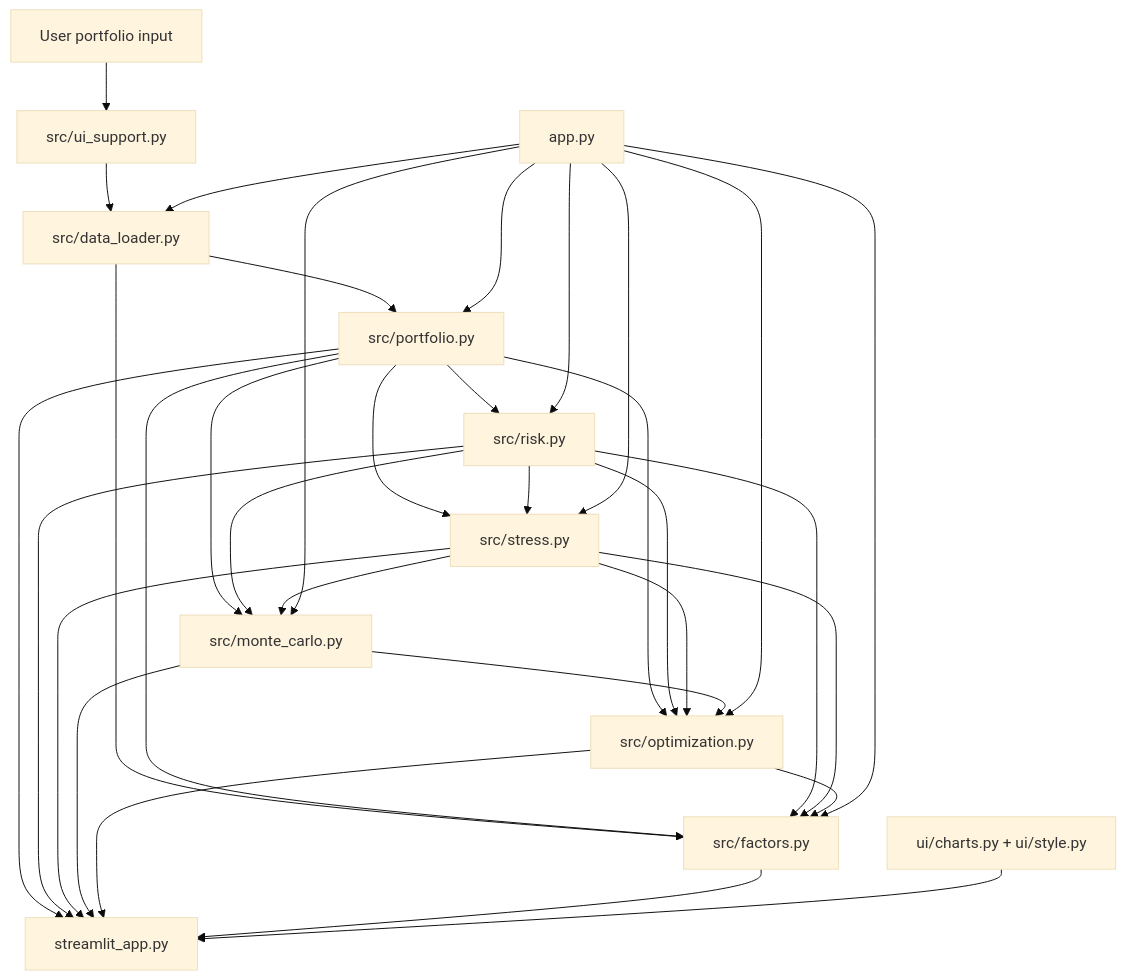
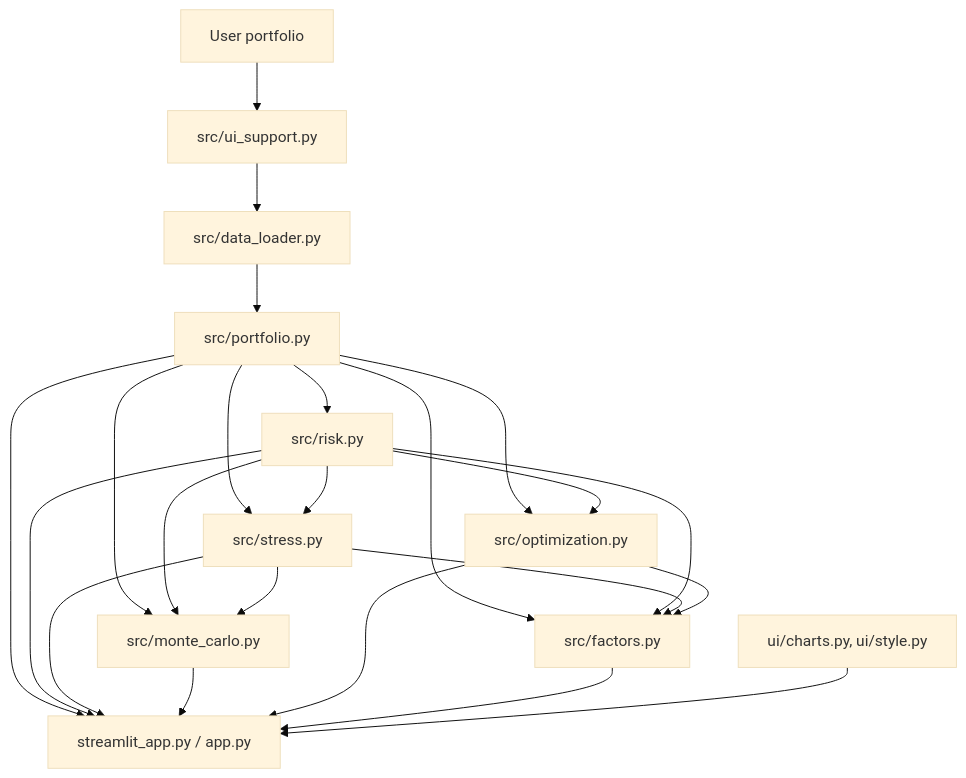
The diagram in docs/architecture.md (rcucc3/Portfolio-Risk-Analytics-Platform), drawn with Mermaid (base theme) before and after one commit. The commit also changed other lines of this file and 30 other files, not shown here.

````diff
--- a/docs/architecture.md
+++ b/docs/architecture.md
@@ -9,40 +5,25 @@
 ```mermaid
 flowchart TB
-    User[User portfolio input] --> Parse[src/ui_support.py]
+    User[User portfolio] --> Parse[src/ui_support.py]
     Parse --> Data[src/data_loader.py]
     Data --> Port[src/portfolio.py]
-
     Port --> Risk[src/risk.py]
     Port --> Stress[src/stress.py]
     Risk --> Stress
-
     Port --> MC[src/monte_carlo.py]
     Risk --> MC
     Stress --> MC
-
     Port --> Opt[src/optimization.py]
     Risk --> Opt
-    Stress --> Opt
-    MC --> Opt
-
-    Data --> Fac[src/factors.py]
-    Port --> Fac
+    Port --> Fac[src/factors.py]
     Risk --> Fac
     Stress --> Fac
     Opt --> Fac
-
-    Port --> UI[streamlit_app.py]
+    Port --> UI[streamlit_app.py / app.py]
     Risk --> UI
     Stress --> UI
     MC --> UI
     Opt --> UI
     Fac --> UI
-    Charts[ui/charts.py + ui/style.py] --> UI
-    CLI[app.py] --> Data
-    CLI --> Port
-    CLI --> Risk
-    CLI --> Stress
-    CLI --> MC
-    CLI --> Opt
-    CLI --> Fac
+    Charts[ui/charts.py, ui/style.py] --> UI
 ```
````
